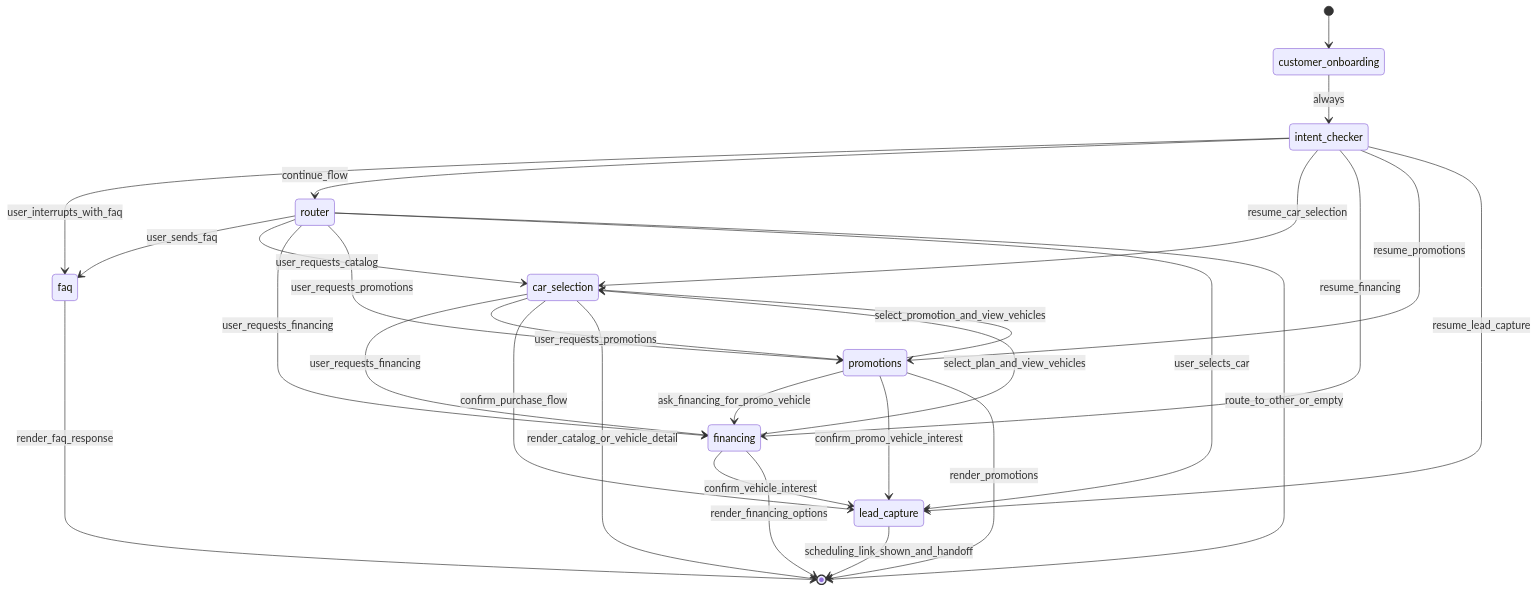
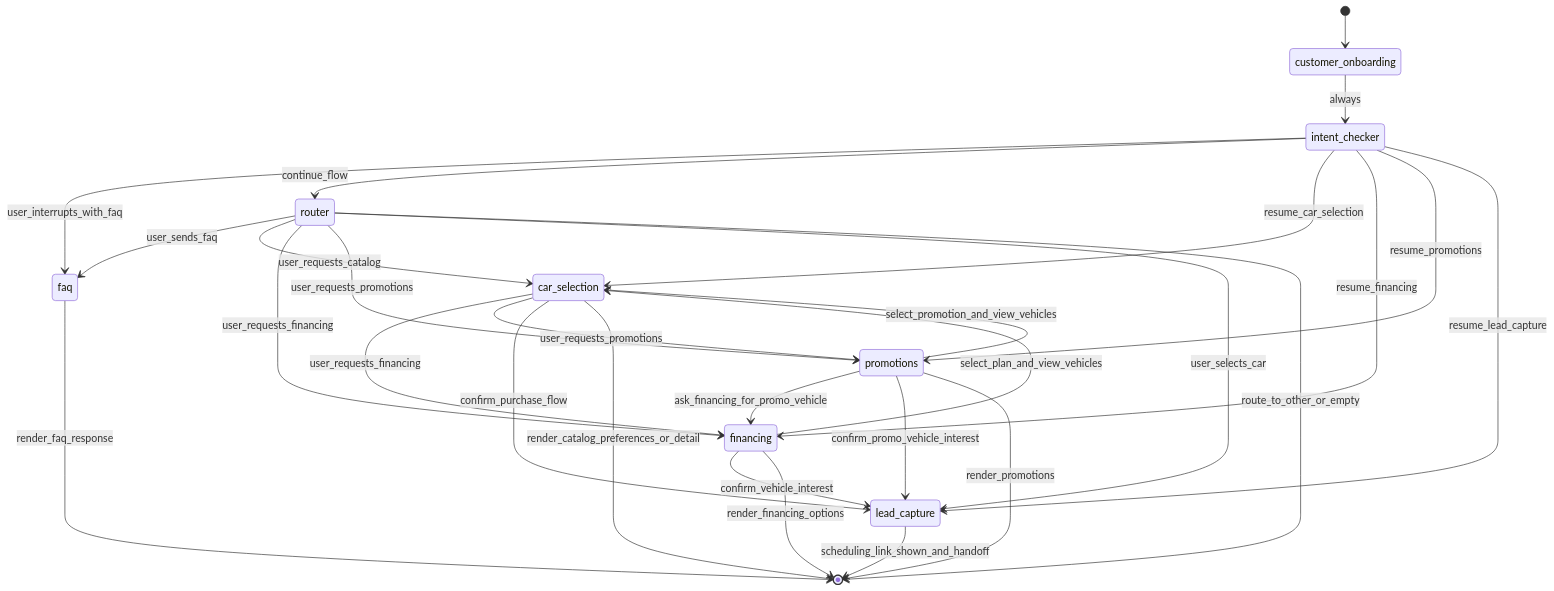
The diagram in bot/docs/state-automata.md (JoseManuelGdlO/car-advisor-bot), drawn with Mermaid before and after one commit. The commit also changed other lines of this file and 8 other files, not shown here.

First line of the commit message:
feat: enhance vehicle selection flow with purchase preferences and technical sheet handling

````diff
--- a/bot/docs/state-automata.md
+++ b/bot/docs/state-automata.md
@@ -29,36 +30,36 @@
 ```mermaid
 stateDiagram-v2
     [*] --> customer_onboarding
     customer_onboarding --> intent_checker: always
 
     intent_checker --> faq: user_interrupts_with_faq
     intent_checker --> router: continue_flow
     intent_checker --> car_selection: resume_car_selection
     intent_checker --> financing: resume_financing
     intent_checker --> promotions: resume_promotions
     intent_checker --> lead_capture: resume_lead_capture
 
     router --> faq: user_sends_faq
     router --> car_selection: user_requests_catalog
     router --> financing: user_requests_financing
     router --> promotions: user_requests_promotions
     router --> lead_capture: user_selects_car
     router --> [*]: route_to_other_or_empty
 
     car_selection --> financing: user_requests_financing
     car_selection --> promotions: user_requests_promotions
     car_selection --> lead_capture: confirm_purchase_flow
-    car_selection --> [*]: render_catalog_or_vehicle_detail
+    car_selection --> [*]: render_catalog_preferences_or_detail
 
     financing --> car_selection: select_plan_and_view_vehicles
     financing --> lead_capture: confirm_vehicle_interest
     financing --> [*]: render_financing_options
 
     promotions --> car_selection: select_promotion_and_view_vehicles
     promotions --> financing: ask_financing_for_promo_vehicle
     promotions --> lead_capture: confirm_promo_vehicle_interest
     promotions --> [*]: render_promotions
 
     faq --> [*]: render_faq_response
     lead_capture --> [*]: scheduling_link_shown_and_handoff
 ```
````
